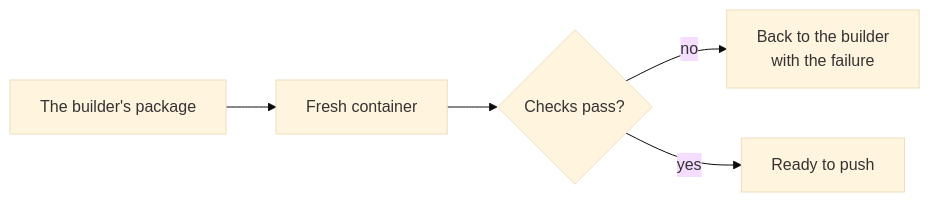
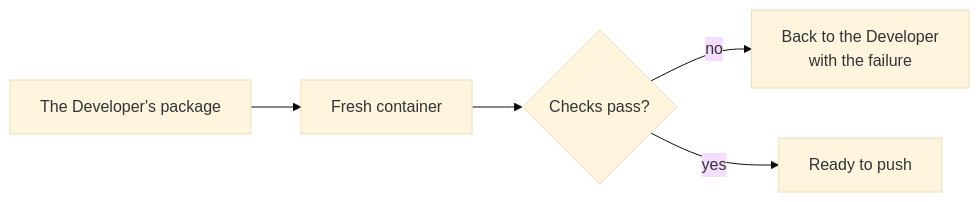
The third of 5 diagrams in docs/guide/the-journey-of-a-task.md (shinyredapples/intakt), drawn with Mermaid (base theme) before and after one commit. The commit also changed other lines of this file and 5 other files, not shown here.

````diff
--- a/docs/guide/the-journey-of-a-task.md
+++ b/docs/guide/the-journey-of-a-task.md
@@ -75,7 +75,7 @@
 ```mermaid
 flowchart LR
-  bundle[The builder's package] --> fresh[Fresh container]
+  bundle[The Developer's package] --> fresh[Fresh container]
   fresh --> gates{Checks pass?}
-  gates -- no --> back[Back to the builder<br/>with the failure]
+  gates -- no --> back[Back to the Developer<br/>with the failure]
   gates -- yes --> ok[Ready to push]
 ```
````
